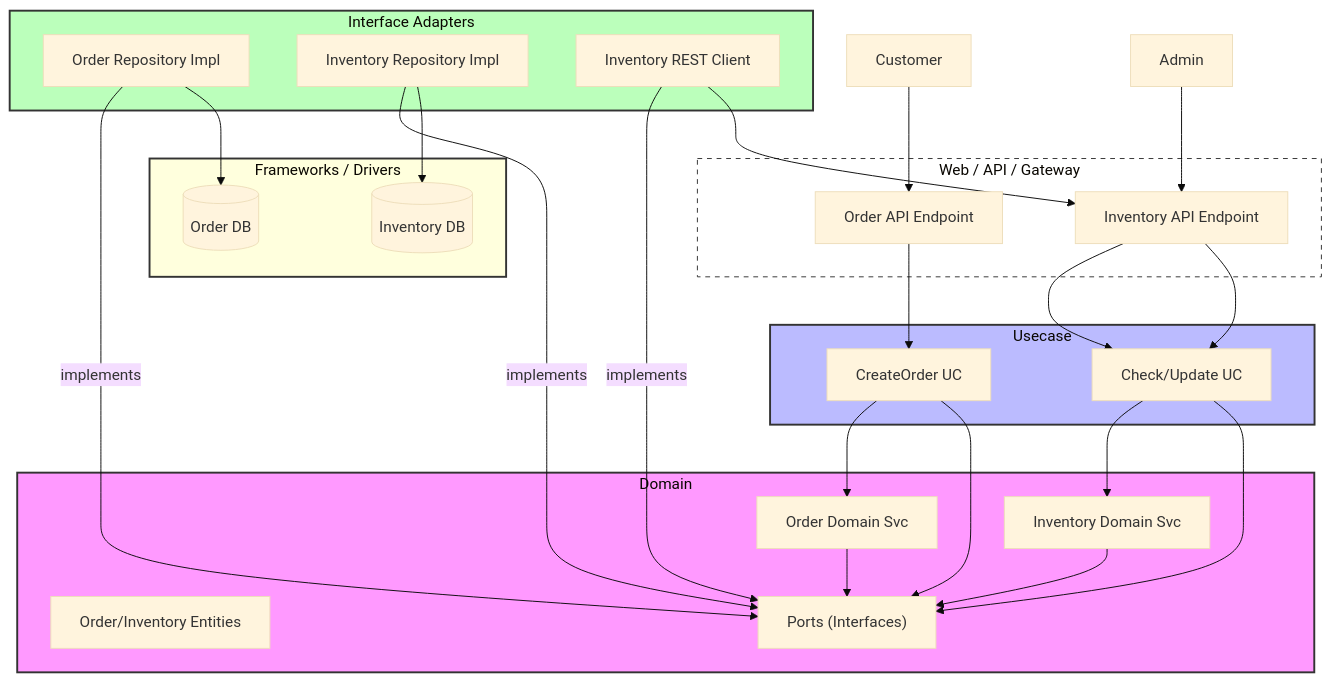
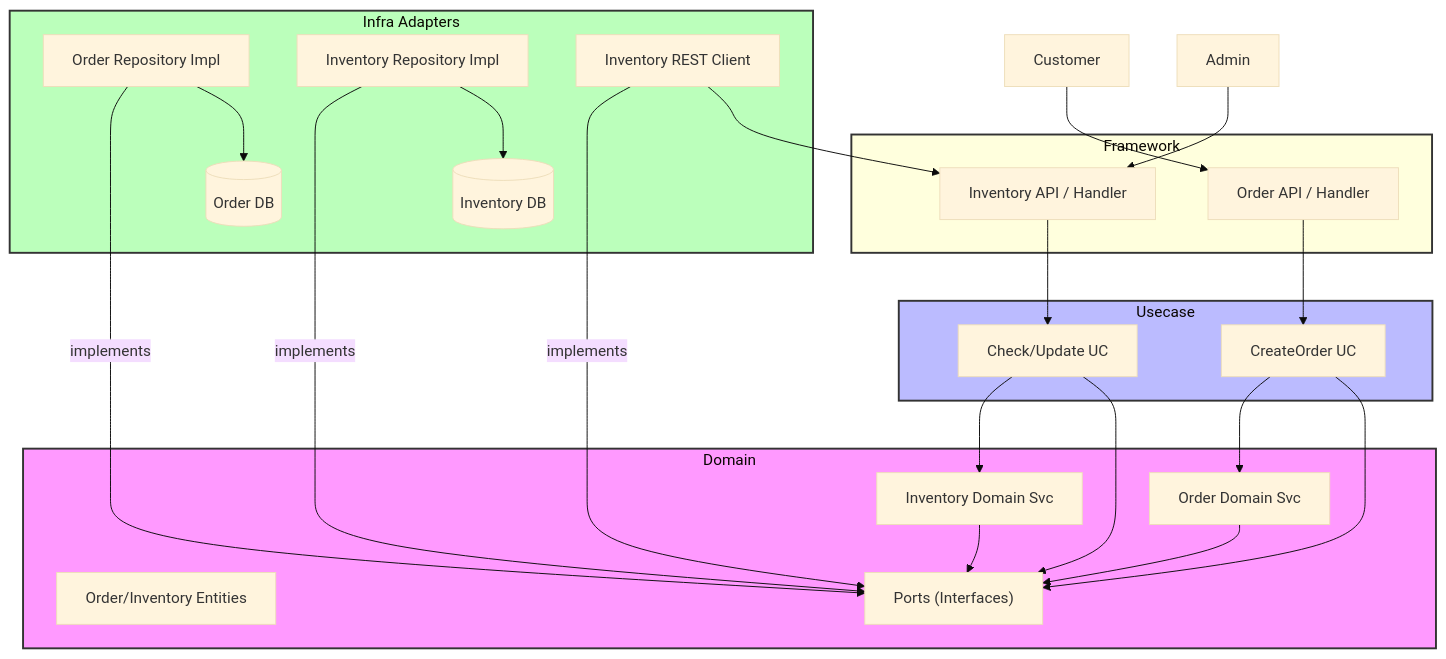
The diagram in software/clean_arch_ws3_ja.md (sandy2008/workshop), drawn with Mermaid (base theme) before and after one commit. The commit also changed other lines of this file and 7 other files, not shown here.

Commit message:
typo: infra adapter

````diff
--- a/software/clean_arch_ws3_ja.md
+++ b/software/clean_arch_ws3_ja.md
@@ -38,72 +39,66 @@
 ```mermaid
 graph TD
-    %% 外部要素 (Frameworks & Drivers / External)
+    %% 外部要素 (External)
     Customer[Customer]
     Admin[Admin]
 
-    subgraph Gateway [Web / API / Gateway]
-        OrderAPI[Order API Endpoint]
-        InvAPI[Inventory API Endpoint]
+    subgraph FrameworkLayer [Framework]
+        OrderAPI[Order API / Handler]
+        InvAPI[Inventory API / Handler]
     end
 
     subgraph UsecaseLayer [Usecase]
         OrderUC[CreateOrder UC]
         InvUC[Check/Update UC]
     end
 
     subgraph DomainLayer [Domain]
         Entities[Order/Inventory Entities]
         Ports["Ports (Interfaces)"]
         OrderDS[Order Domain Svc]
         InvDS[Inventory Domain Svc]
     end
 
-    subgraph AdapterLayer [Interface Adapters]
+    subgraph InfraLayer [Infra Adapters]
         OrderRepoImpl[Order Repository Impl]
         InvRepoImpl[Inventory Repository Impl]
         InvClientImpl[Inventory REST Client]
-    end
-
-    subgraph FrameworkLayer [Frameworks / Drivers]
         OrderDB[(Order DB)]
         InvDB[(Inventory DB)]
     end
 
     %% 外部からのアクセス
     Customer --> OrderAPI
     Admin --> InvAPI
 
     %% APIからユースケースへ
     OrderAPI --> OrderUC
     InvAPI --> InvUC
 
     %% ユースケースからドメインへの依存
     OrderUC --> OrderDS
     OrderUC --> Ports
     InvUC --> InvDS
     InvUC --> Ports
 
     %% ドメインサービスからインターフェースへの依存
     OrderDS --> Ports
     InvDS --> Ports
 
     %% 依存性逆転 (DIP)
     OrderRepoImpl -- "implements" --> Ports
     InvRepoImpl -- "implements" --> Ports
     InvClientImpl -- "implements" --> Ports
 
     %% 実装から外部リソースへのアクセス
     OrderRepoImpl --> OrderDB
     InvRepoImpl --> InvDB
 
-    %% サービス間連携とAdminフローの統一
-    %% OrderサービスもAdminも同じInventory APIを利用する
+    %% サービス間連携
     InvClientImpl --> InvAPI
-    InvAPI --> InvUC
 
     style DomainLayer fill:#f9f,stroke:#333,stroke-width:2px
     style UsecaseLayer fill:#bbf,stroke:#333,stroke-width:2px
-    style AdapterLayer fill:#bfb,stroke:#333,stroke-width:2px
+    style InfraLayer fill:#bfb,stroke:#333,stroke-width:2px
     style FrameworkLayer fill:#ffd,stroke:#333,stroke-width:2px
-    style Gateway fill:#fff,stroke:#333,stroke-dasharray: 5 5
 ```
````
